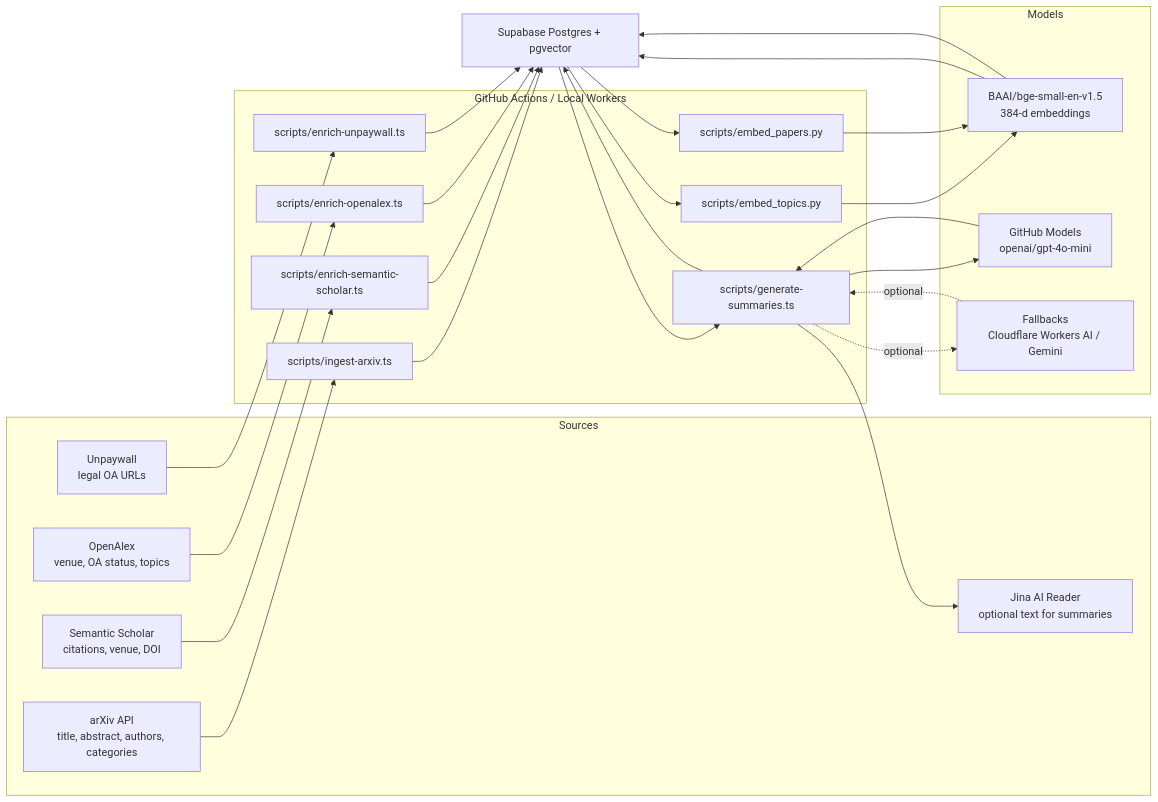
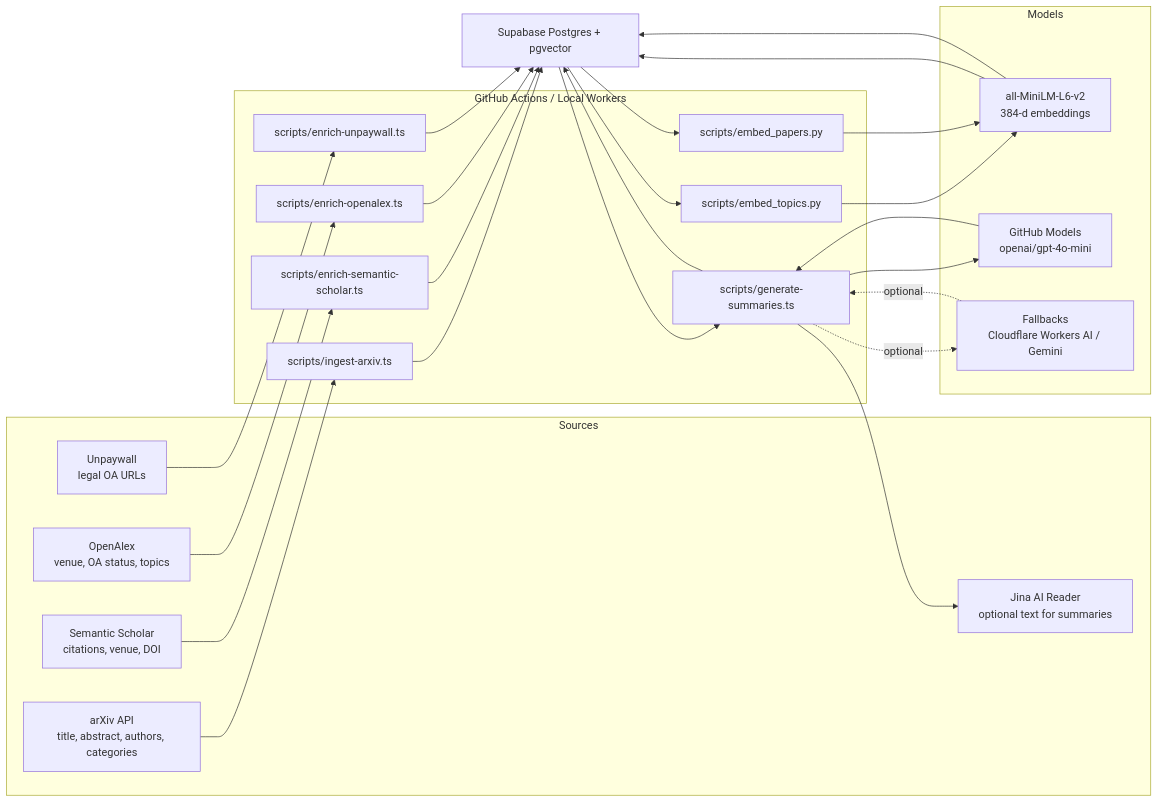
Before and after one commit to Mik1810/PaperDeck: the third of 6 diagrams in docs/architecture.md, drawn with Mermaid. The commit also changed other lines of this file and 34 other files, not shown here.

````diff
--- a/docs/architecture.md
+++ b/docs/architecture.md
@@ -112,44 +112,44 @@
 ```mermaid
 flowchart LR
   subgraph Sources
     arxiv["arXiv API<br/>title, abstract, authors, categories"]
     s2["Semantic Scholar<br/>citations, venue, DOI"]
     openalex["OpenAlex<br/>venue, OA status, topics"]
     unpaywall["Unpaywall<br/>legal OA URLs"]
     jina["Jina AI Reader<br/>optional text for summaries"]
   end
 
   subgraph Workers["GitHub Actions / Local Workers"]
     ingest["scripts/ingest-arxiv.ts"]
     enrichS2["scripts/enrich-semantic-scholar.ts"]
     enrichOpenAlex["scripts/enrich-openalex.ts"]
     enrichUnpaywall["scripts/enrich-unpaywall.ts"]
     embedTopics["scripts/embed_topics.py"]
     embedPapers["scripts/embed_papers.py"]
     summarize["scripts/generate-summaries.ts"]
   end
 
   subgraph Models
-    bge["BAAI/bge-small-en-v1.5<br/>384-d embeddings"]
+    minilm["all-MiniLM-L6-v2<br/>384-d embeddings"]
     gpt4oMini["GitHub Models<br/>openai/gpt-4o-mini"]
     fallbackModels["Fallbacks<br/>Cloudflare Workers AI / Gemini"]
   end
 
   db["Supabase Postgres + pgvector"]
 
   arxiv --> ingest --> db
   s2 --> enrichS2 --> db
   openalex --> enrichOpenAlex --> db
   unpaywall --> enrichUnpaywall --> db
   db --> embedTopics
   db --> embedPapers
-  embedTopics --> bge --> db
-  embedPapers --> bge --> db
+  embedTopics --> minilm --> db
+  embedPapers --> minilm --> db
   db --> summarize
   summarize --> jina
   summarize --> gpt4oMini
   summarize -. optional .-> fallbackModels
   gpt4oMini --> summarize
   fallbackModels -. optional .-> summarize
   summarize --> db
 ```
````
